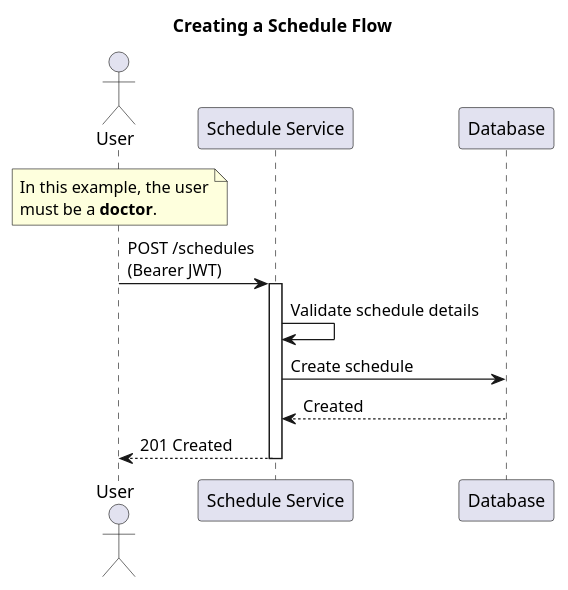
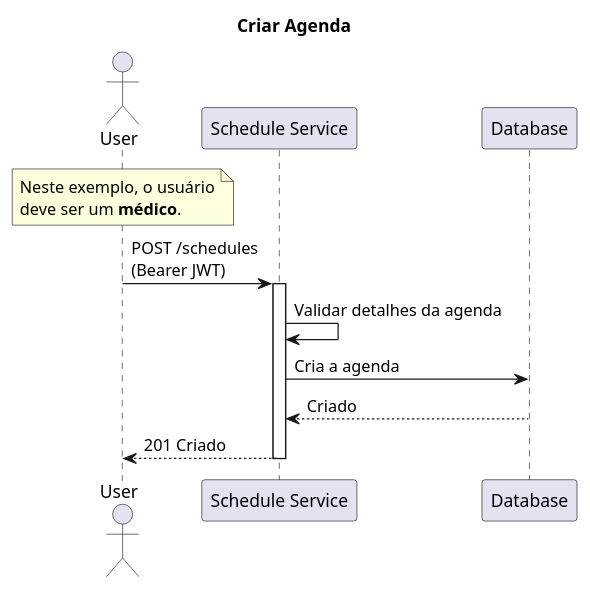
The diagram in docs/create_schedule.puml (jfelipearaujo-healthmed/scheduler-service), drawn with PlantUML before and after one commit. The commit also changed 10 other files, not shown here.

```diff
--- a/docs/create_schedule.puml
+++ b/docs/create_schedule.puml
@@ -1,23 +1,23 @@
 @startuml create_schedule
 
-title Creating a Schedule Flow
+title Criar Agenda
 
 actor "User" as user
 participant "Schedule Service" as schedule_service
 participant "Database" as database
 
 note over user
-In this example, the user
-must be a **doctor**.
+Neste exemplo, o usuário
+deve ser um **médico**.
 end note
 
 user -> schedule_service: POST /schedules\n(Bearer JWT)
 
 activate schedule_service
-schedule_service -> schedule_service: Validate schedule details
-schedule_service -> database: Create schedule
-database --> schedule_service: Created
-schedule_service --> user: 201 Created
+schedule_service -> schedule_service: Validar detalhes da agenda
+schedule_service -> database: Cria a agenda
+database --> schedule_service: Criado
+schedule_service --> user: 201 Criado
 deactivate schedule_service
 
 @enduml
```
